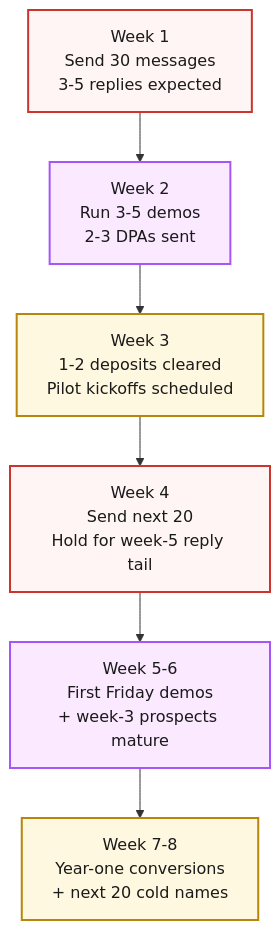
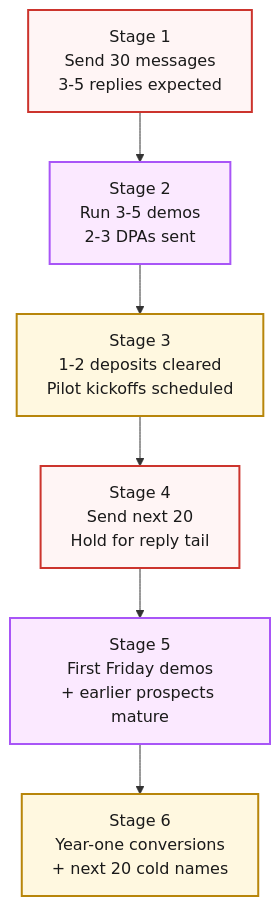
The diagram in content/course/tech-for-non-technical-founders-2026/outbound-without-sales-team/index.md (jetthoughts/jetthoughts.github.io), drawn with Mermaid before and after one commit. The commit also changed other lines of this file and 25 other files, not shown here.

Commit message:
content(course): AI deep-research — logic-flow, critic sweeps, execution-readiness

````diff
--- a/content/course/tech-for-non-technical-founders-2026/outbound-without-sales-team/index.md
+++ b/content/course/tech-for-non-technical-founders-2026/outbound-without-sales-team/index.md
@@ -159,17 +159,17 @@
 ```mermaid
 %%{init: {'theme':'base', 'themeVariables': {'fontFamily':'Caveat, Patrick Hand, cursive', 'primaryColor':'#fff5f5', 'primaryBorderColor':'#cc342d', 'lineColor':'#333', 'primaryTextColor':'#1a1a1a'}}}%%
 flowchart TB
-    W1[Week 1<br/>Send 30 messages<br/>3-5 replies expected]
-    W2[Week 2<br/>Run 3-5 demos<br/>2-3 DPAs sent]
-    W3[Week 3<br/>1-2 deposits cleared<br/>Pilot kickoffs scheduled]
-    W4[Week 4<br/>Send next 20<br/>Hold for week-5 reply tail]
-    W5[Week 5-6<br/>First Friday demos<br/>+ week-3 prospects mature]
-    W7[Week 7-8<br/>Year-one conversions<br/>+ next 20 cold names]
+    W1[Stage 1<br/>Send 30 messages<br/>3-5 replies expected]
+    W2[Stage 2<br/>Run 3-5 demos<br/>2-3 DPAs sent]
+    W3[Stage 3<br/>1-2 deposits cleared<br/>Pilot kickoffs scheduled]
+    W4[Stage 4<br/>Send next 20<br/>Hold for reply tail]
+    W5[Stage 5<br/>First Friday demos<br/>+ earlier prospects mature]
+    W7[Stage 6<br/>Year-one conversions<br/>+ next 20 cold names]
     W1 --> W2 --> W3 --> W4 --> W5 --> W7
     classDef coldweek fill:#fff5f5,stroke:#cc342d,stroke-width:2px;
     classDef warmweek fill:#fbe9ff,stroke:#a855f7,stroke-width:2px;
     classDef conv fill:#fff8e0,stroke:#b8860b,stroke-width:2px;
     class W1,W4 coldweek;
     class W2,W5 warmweek;
     class W3,W7 conv;
 ```
````
